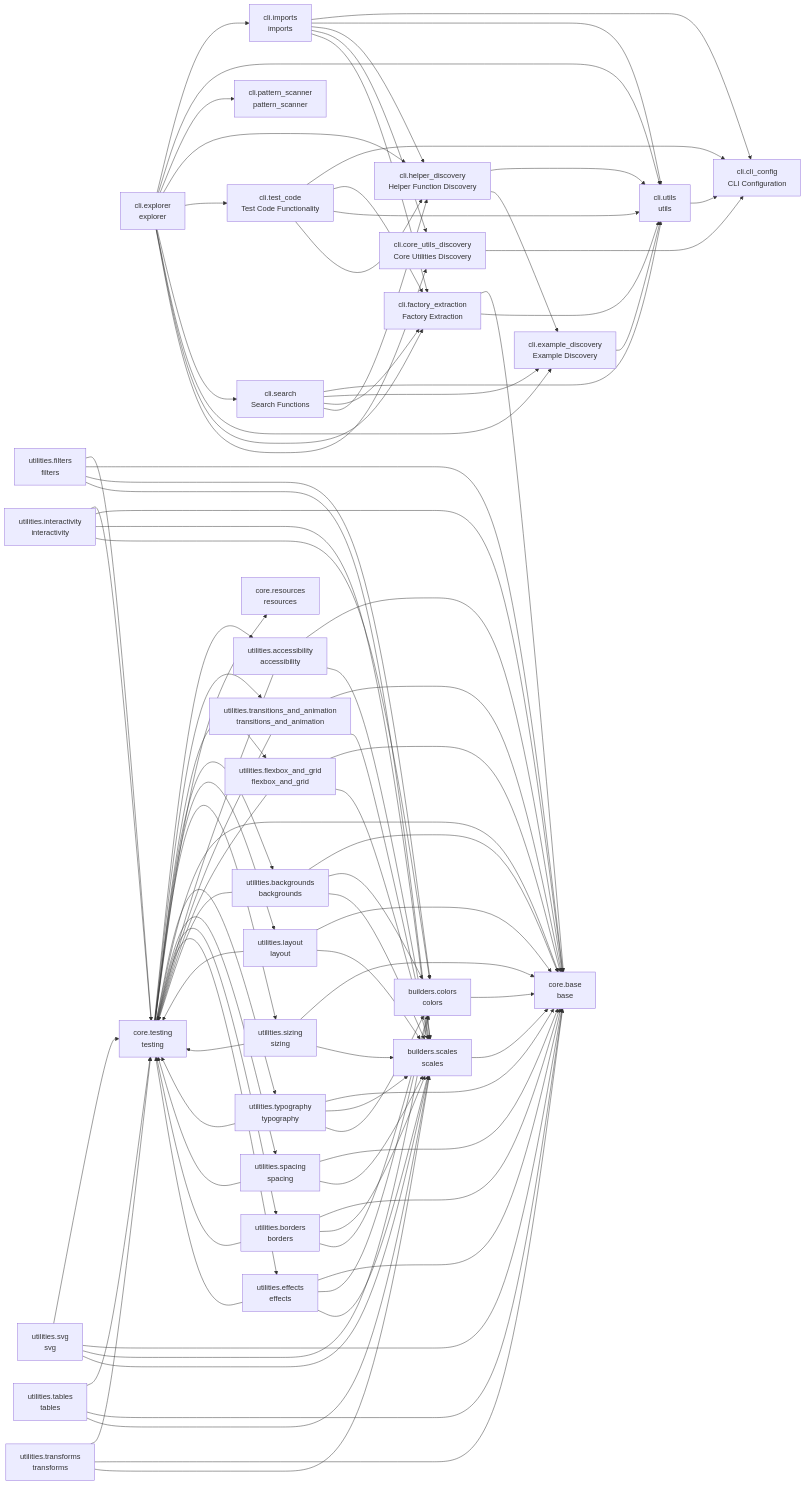
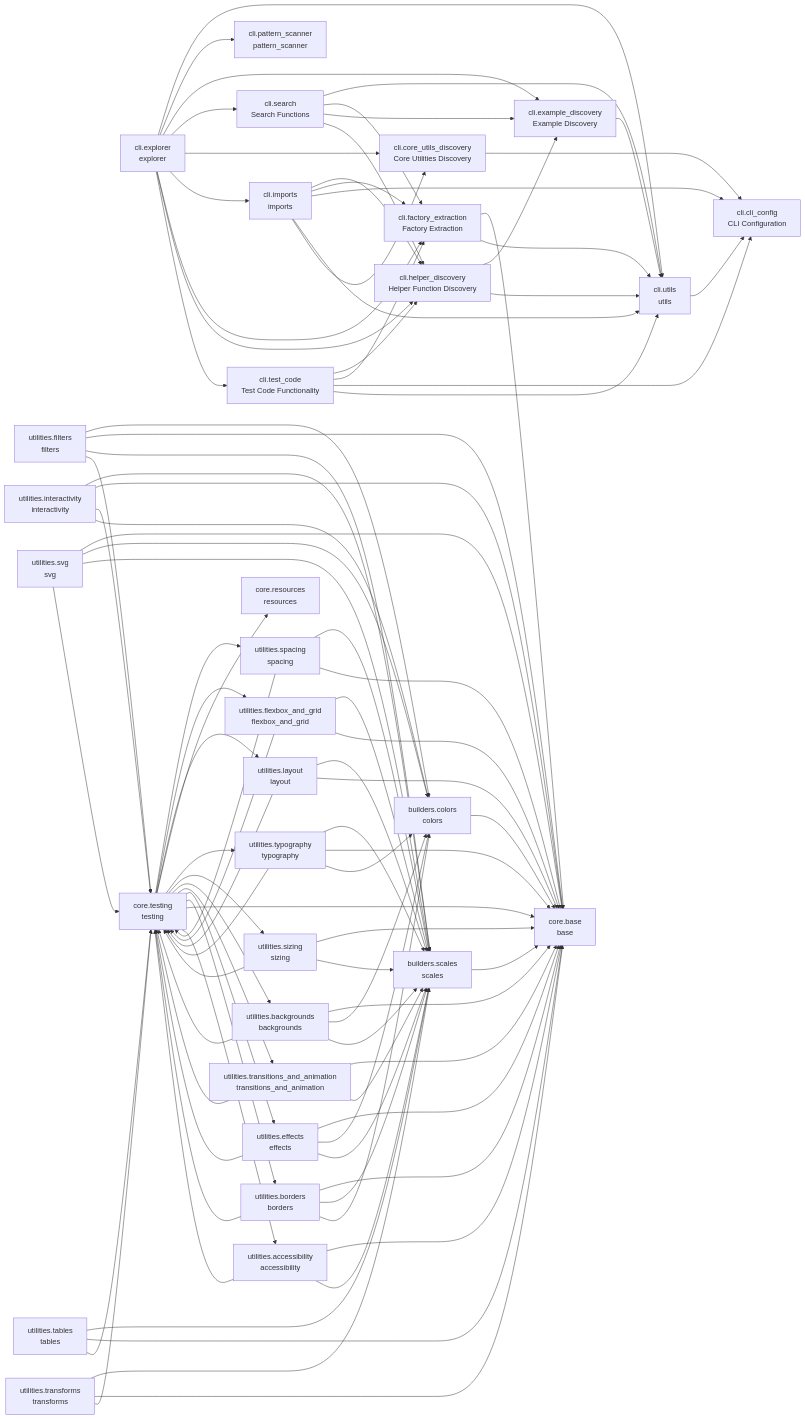
Before and after one commit to cj-mills/cjm-fasthtml-tailwind: the diagram in README.md, drawn with Mermaid. The commit also changed other lines of this file and 9 other files, not shown here.

````diff
--- a/README.md
+++ b/README.md
@@ -90,95 +90,95 @@
     builders_scales --> core_base
     cli_core_utils_discovery --> cli_cli_config
     cli_example_discovery --> cli_utils
-    cli_explorer --> cli_imports
     cli_explorer --> cli_utils
     cli_explorer --> cli_pattern_scanner
+    cli_explorer --> cli_example_discovery
+    cli_explorer --> cli_search
+    cli_explorer --> cli_core_utils_discovery
+    cli_explorer --> cli_imports
+    cli_explorer --> cli_factory_extraction
     cli_explorer --> cli_helper_discovery
     cli_explorer --> cli_test_code
-    cli_explorer --> cli_search
-    cli_explorer --> cli_example_discovery
-    cli_explorer --> cli_factory_extraction
-    cli_explorer --> cli_core_utils_discovery
     cli_factory_extraction --> core_base
     cli_factory_extraction --> cli_utils
+    cli_helper_discovery --> cli_example_discovery
     cli_helper_discovery --> cli_utils
-    cli_helper_discovery --> cli_example_discovery
+    cli_imports --> cli_helper_discovery
+    cli_imports --> cli_factory_extraction
     cli_imports --> cli_cli_config
     cli_imports --> cli_utils
-    cli_imports --> cli_helper_discovery
     cli_imports --> cli_core_utils_discovery
-    cli_imports --> cli_factory_extraction
     cli_search --> cli_utils
+    cli_search --> cli_factory_extraction
     cli_search --> cli_example_discovery
-    cli_search --> cli_factory_extraction
     cli_search --> cli_helper_discovery
+    cli_test_code --> cli_helper_discovery
+    cli_test_code --> cli_factory_extraction
     cli_test_code --> cli_cli_config
-    cli_test_code --> cli_factory_extraction
     cli_test_code --> cli_utils
-    cli_test_code --> cli_helper_discovery
     cli_utils --> cli_cli_config
-    core_testing --> utilities_accessibility
-    core_testing --> utilities_transitions_and_animation
+    core_testing --> utilities_spacing
     core_testing --> utilities_flexbox_and_grid
-    core_testing --> utilities_backgrounds
     core_testing --> utilities_layout
-    core_testing --> utilities_sizing
     core_testing --> core_resources
     core_testing --> utilities_typography
+    core_testing --> utilities_sizing
+    core_testing --> utilities_backgrounds
+    core_testing --> utilities_transitions_and_animation
+    core_testing --> utilities_effects
+    core_testing --> utilities_borders
     core_testing --> core_base
-    core_testing --> utilities_spacing
-    core_testing --> utilities_borders
-    core_testing --> utilities_effects
+    core_testing --> utilities_accessibility
     utilities_accessibility --> core_base
+    utilities_accessibility --> builders_scales
     utilities_accessibility --> core_testing
-    utilities_accessibility --> builders_scales
-    utilities_backgrounds --> core_testing
     utilities_backgrounds --> core_base
     utilities_backgrounds --> builders_colors
+    utilities_backgrounds --> core_testing
     utilities_backgrounds --> builders_scales
-    utilities_borders --> core_testing
     utilities_borders --> core_base
     utilities_borders --> builders_scales
+    utilities_borders --> core_testing
     utilities_borders --> builders_colors
-    utilities_effects --> core_testing
     utilities_effects --> core_base
     utilities_effects --> builders_colors
     utilities_effects --> builders_scales
+    utilities_effects --> core_testing
+    utilities_filters --> builders_colors
+    utilities_filters --> core_base
+    utilities_filters --> builders_scales
     utilities_filters --> core_testing
-    utilities_filters --> core_base
-    utilities_filters --> builders_colors
-    utilities_filters --> builders_scales
+    utilities_flexbox_and_grid --> builders_scales
+    utilities_flexbox_and_grid --> core_base
     utilities_flexbox_and_grid --> core_testing
-    utilities_flexbox_and_grid --> core_base
-    utilities_flexbox_and_grid --> builders_scales
+    utilities_interactivity --> builders_scales
+    utilities_interactivity --> core_base
     utilities_interactivity --> core_testing
-    utilities_interactivity --> core_base
-    utilities_interactivity --> builders_scales
     utilities_interactivity --> builders_colors
+    utilities_layout --> builders_scales
+    utilities_layout --> core_base
     utilities_layout --> core_testing
-    utilities_layout --> core_base
-    utilities_layout --> builders_scales
     utilities_sizing --> core_base
     utilities_sizing --> builders_scales
     utilities_sizing --> core_testing
+    utilities_spacing --> builders_scales
+    utilities_spacing --> core_base
     utilities_spacing --> core_testing
-    utilities_spacing --> core_base
-    utilities_spacing --> builders_scales
-    utilities_svg --> core_testing
     utilities_svg --> core_base
     utilities_svg --> builders_colors
     utilities_svg --> builders_scales
+    utilities_svg --> core_testing
+    utilities_tables --> builders_scales
+    utilities_tables --> core_base
     utilities_tables --> core_testing
-    utilities_tables --> core_base
-    utilities_tables --> builders_scales
+    utilities_transforms --> builders_scales
+    utilities_transforms --> core_base
     utilities_transforms --> core_testing
-    utilities_transforms --> core_base
-    utilities_transforms --> builders_scales
-    utilities_transitions_and_animation --> core_testing
     utilities_transitions_and_animation --> core_base
     utilities_transitions_and_animation --> builders_scales
+    utilities_transitions_and_animation --> core_testing
+    utilities_typography --> builders_scales
+    utilities_typography --> core_base
     utilities_typography --> core_testing
-    utilities_typography --> core_base
-    utilities_typography --> builders_scales
     utilities_typography --> builders_colors
 ```
````
